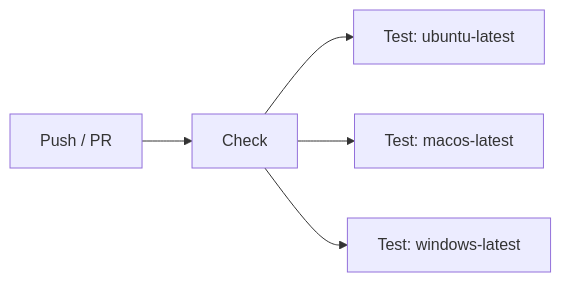
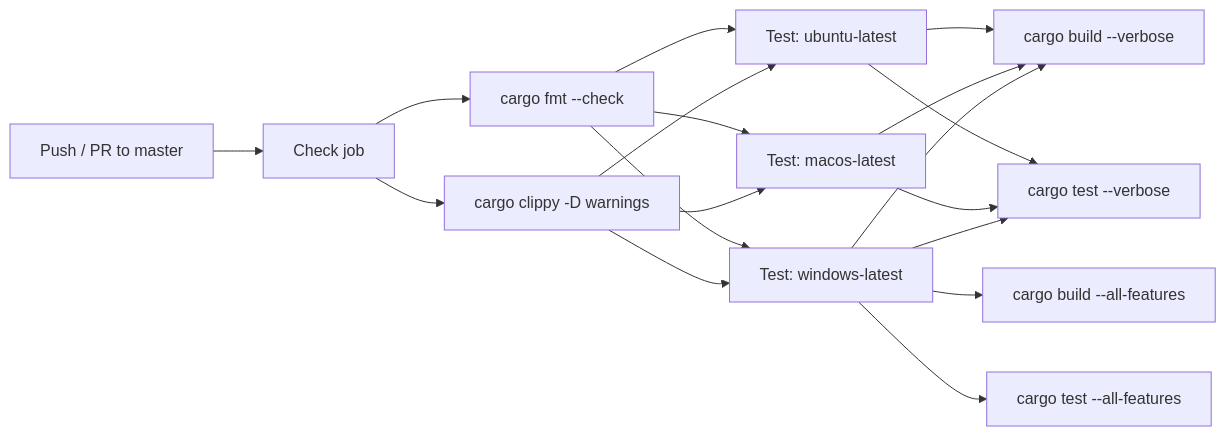
One commit to XUranus/vpt-rs changed the fourth of 5 diagrams in wiki/docs/testing/overview.md. Above: the diagram before and after it, drawn with Mermaid. The commit also changed other lines of this file and 52 other files, not shown here.

First line of the commit message:
Enhance wiki: mermaid rendering, detailed content, i18n (zh-Hans)

````diff
--- a/wiki/docs/testing/overview.md
+++ b/wiki/docs/testing/overview.md
@@ -150,7 +424,20 @@
 ```mermaid
-graph LR
-    A[Push / PR] --> B[Check]
-    B --> C[Test: ubuntu-latest]
-    B --> D[Test: macos-latest]
-    B --> E[Test: windows-latest]
+flowchart LR
+    A["Push / PR to master"] --> B["Check job"]
+    B --> C["cargo fmt --check"]
+    B --> D["cargo clippy -D warnings"]
+    C --> E["Test: ubuntu-latest"]
+    C --> F["Test: macos-latest"]
+    C --> G["Test: windows-latest"]
+    D --> E
+    D --> F
+    D --> G
+    E --> H["cargo build --verbose"]
+    E --> I["cargo test --verbose"]
+    F --> H
+    F --> I
+    G --> H
+    G --> I
+    G --> J["cargo build --all-features"]
+    G --> K["cargo test --all-features"]
 ```
````
